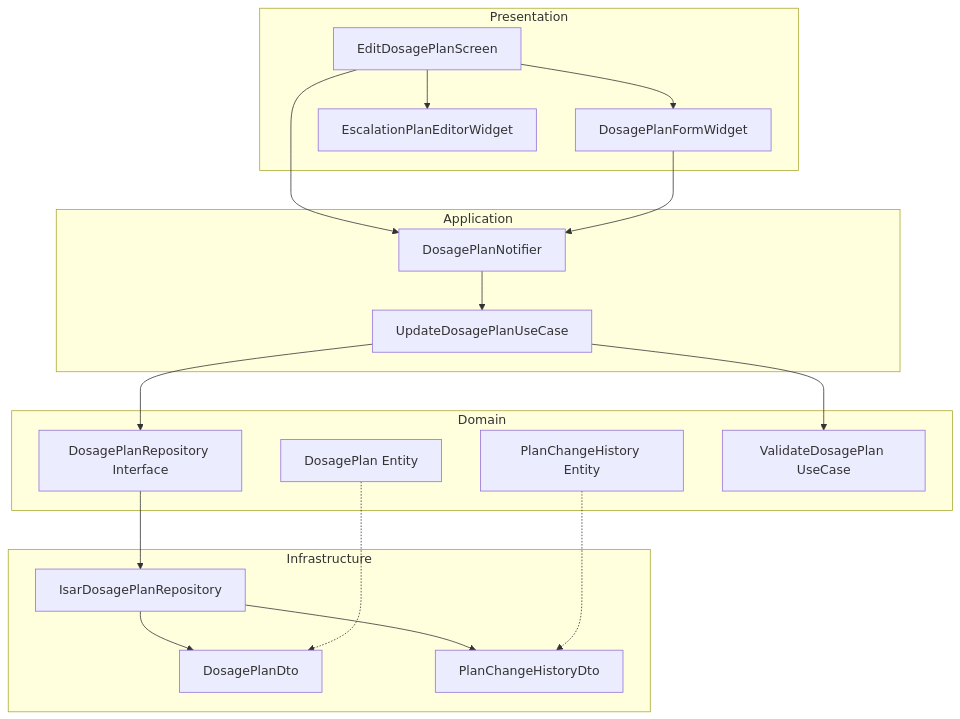
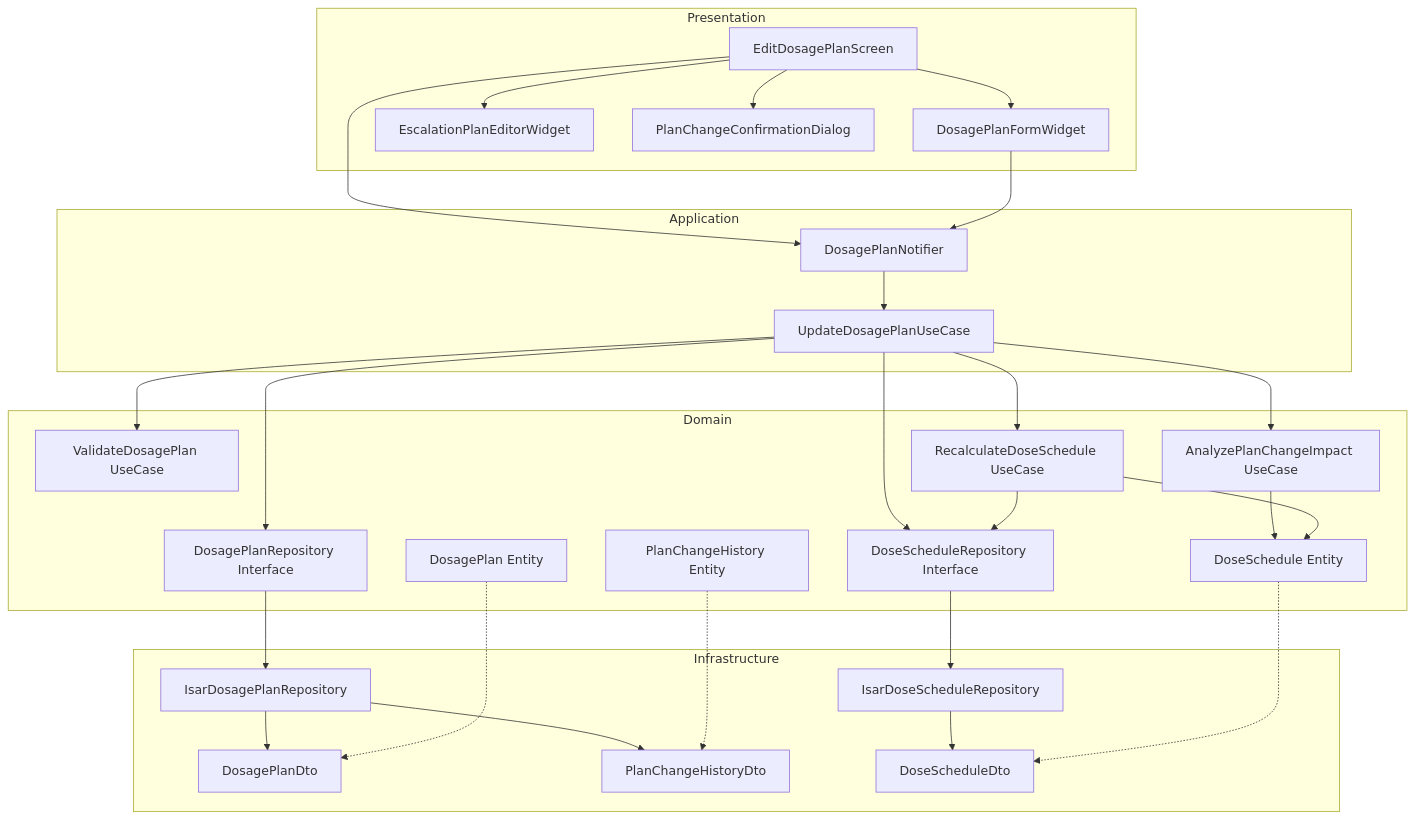
Before and after one commit to pcepyon/n06: the diagram in docs/012/plan.md, drawn with Mermaid. The commit also changed other lines of this file and 13 other files, not shown here.

````diff
--- a/docs/012/plan.md
+++ b/docs/012/plan.md
@@ -16,39 +16,56 @@
 ```mermaid
 graph TD
     subgraph Presentation
         A[EditDosagePlanScreen]
         B[DosagePlanFormWidget]
         C[EscalationPlanEditorWidget]
+        D[PlanChangeConfirmationDialog]
     end
 
     subgraph Application
-        D[DosagePlanNotifier]
-        E[UpdateDosagePlanUseCase]
+        E[DosagePlanNotifier]
+        F[UpdateDosagePlanUseCase]
     end
 
     subgraph Domain
-        F[DosagePlan Entity]
-        G[PlanChangeHistory Entity]
-        H[DosagePlanRepository Interface]
-        I[ValidateDosagePlan UseCase]
+        G[DosagePlan Entity]
+        H[PlanChangeHistory Entity]
+        I[DoseSchedule Entity]
+        J[DosagePlanRepository Interface]
+        K[DoseScheduleRepository Interface]
+        L[ValidateDosagePlan UseCase]
+        M[RecalculateDoseSchedule UseCase]
+        N[AnalyzePlanChangeImpact UseCase]
     end
 
     subgraph Infrastructure
-        J[IsarDosagePlanRepository]
-        K[DosagePlanDto]
-        L[PlanChangeHistoryDto]
+        O[IsarDosagePlanRepository]
+        P[IsarDoseScheduleRepository]
+        Q[DosagePlanDto]
+        R[PlanChangeHistoryDto]
+        S[DoseScheduleDto]
     end
 
-    A --> D
+    A --> E
     A --> B
     A --> C
-    B --> D
-    D --> E
-    E --> I
-    E --> H
-    H --> J
-    J --> K
-    J --> L
-    F -.-> K
-    G -.-> L
+    A --> D
+    B --> E
+    E --> F
+    F --> L
+    F --> N
+    F --> M
+    F --> J
+    F --> K
+    J --> O
+    K --> P
+    M --> K
+    N --> I
+    M --> I
+    O --> Q
+    O --> R
+    P --> S
+    G -.-> Q
+    H -.-> R
+    I -.-> S
 ```
````
